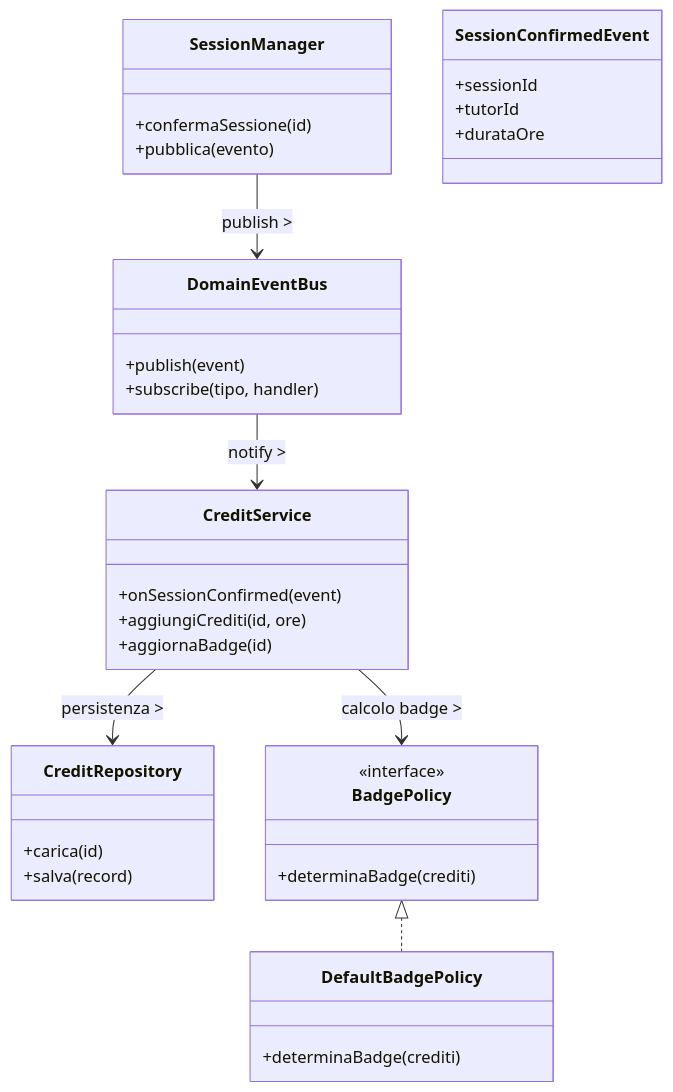
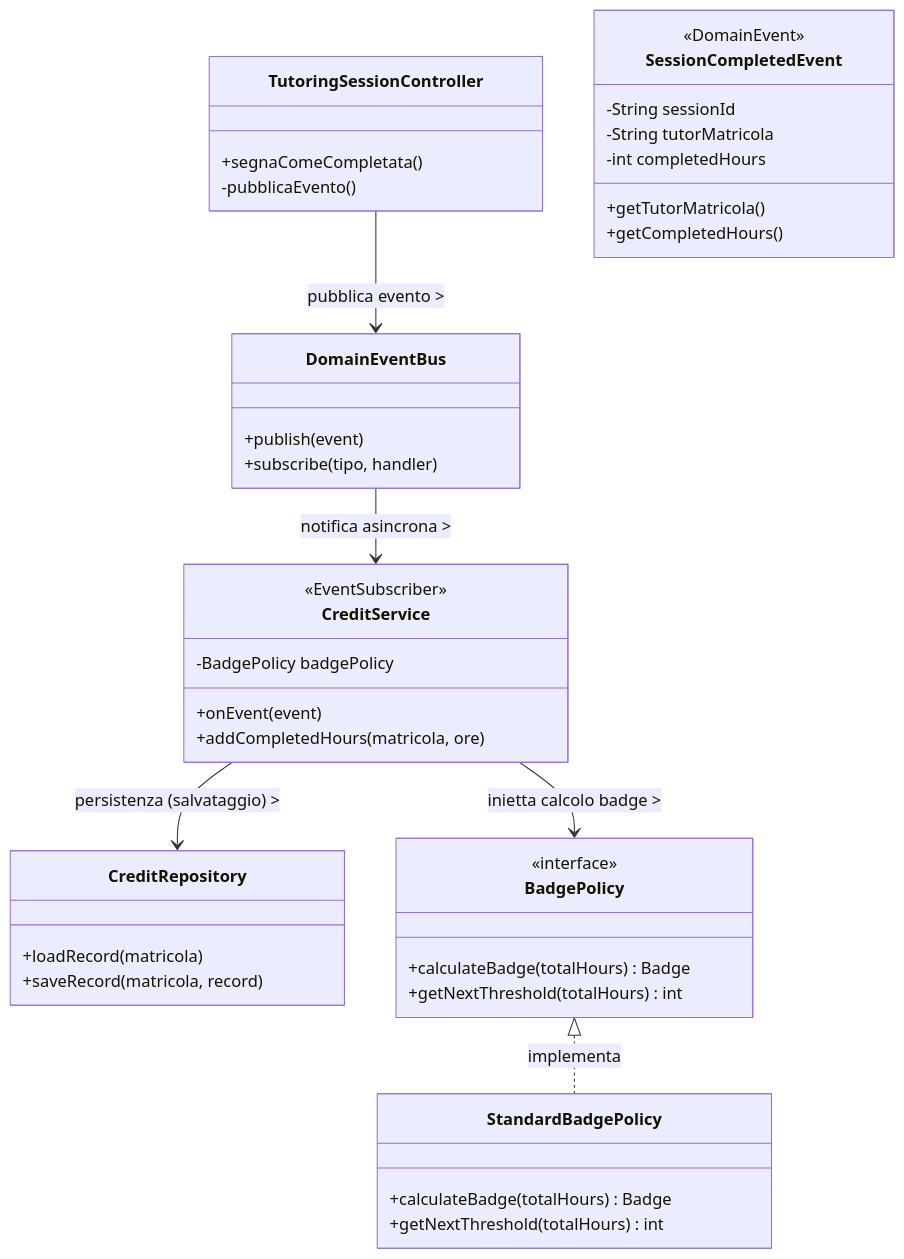
One commit to Sil2564/unibo_tutoring changed the fifth of 8 diagrams in README.md. Above: the diagram before and after it, drawn with Mermaid. The commit also changed other lines of this file, not shown here.

Commit message:
Arricchiti diagrammi UML e scelte architetturali

````diff
--- a/README.md
+++ b/README.md
@@ -322,49 +341,56 @@
 ```mermaid
 classDiagram
     %% ============================================================
     %% DESIGN DETTAGLIATO - CREDITI & BADGE (NIKI)
     %% Pattern: Observer + Strategy
     %% ============================================================
 
-    class SessionManager {
-        +confermaSessione(id)
-        +pubblica(evento)
+    class TutoringSessionController {
+        +segnaComeCompletata()
+        -pubblicaEvento()
     }
 
-    class SessionConfirmedEvent {
-        +sessionId
-        +tutorId
-        +durataOre
+    class SessionCompletedEvent {
+        -String sessionId
+        -String tutorMatricola
+        -int completedHours
+        +getTutorMatricola()
+        +getCompletedHours()
     }
+    <<DomainEvent>> SessionCompletedEvent
 
     class DomainEventBus {
         +publish(event)
         +subscribe(tipo, handler)
     }
 
     class CreditService {
-        +onSessionConfirmed(event)
-        +aggiungiCrediti(id, ore)
-        +aggiornaBadge(id)
+        -BadgePolicy badgePolicy
+        +onEvent(event)
+        +addCompletedHours(matricola, ore)
     }
+    <<EventSubscriber>> CreditService
 
     class CreditRepository {
-        +carica(id)
-        +salva(record)
+        +loadRecord(matricola)
+        +saveRecord(matricola, record)
     }
 
     class BadgePolicy {
-        +determinaBadge(crediti)
+        <<interface>>
+        +calculateBadge(totalHours) Badge
+        +getNextThreshold(totalHours) int
     }
-    <<interface>> BadgePolicy
 
-    class DefaultBadgePolicy {
-        +determinaBadge(crediti)
+    class StandardBadgePolicy {
+        +calculateBadge(totalHours) Badge
+        +getNextThreshold(totalHours) int
     }
+
     %% RELAZIONI
-    SessionManager --> DomainEventBus : publish >
-    DomainEventBus --> CreditService : notify >
-    CreditService --> CreditRepository : persistenza >
-    CreditService --> BadgePolicy : calcolo badge >
-    BadgePolicy <|.. DefaultBadgePolicy
+    TutoringSessionController --> DomainEventBus : pubblica evento >
+    DomainEventBus --> CreditService : notifica asincrona >
+    CreditService --> CreditRepository : persistenza (salvataggio) >
+    CreditService --> BadgePolicy : inietta calcolo badge >
+    BadgePolicy <|.. StandardBadgePolicy : implementa
 ```
````
